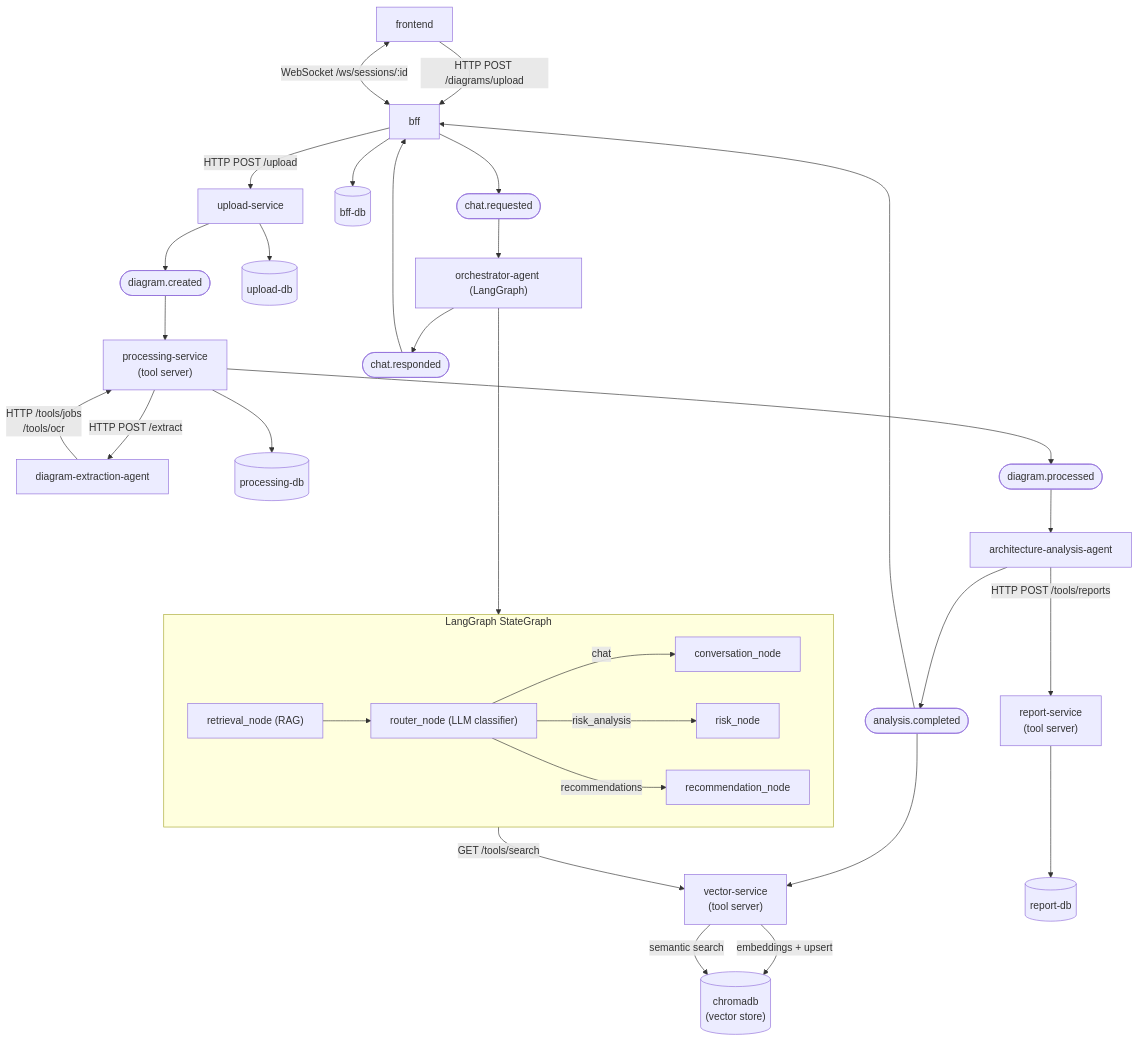
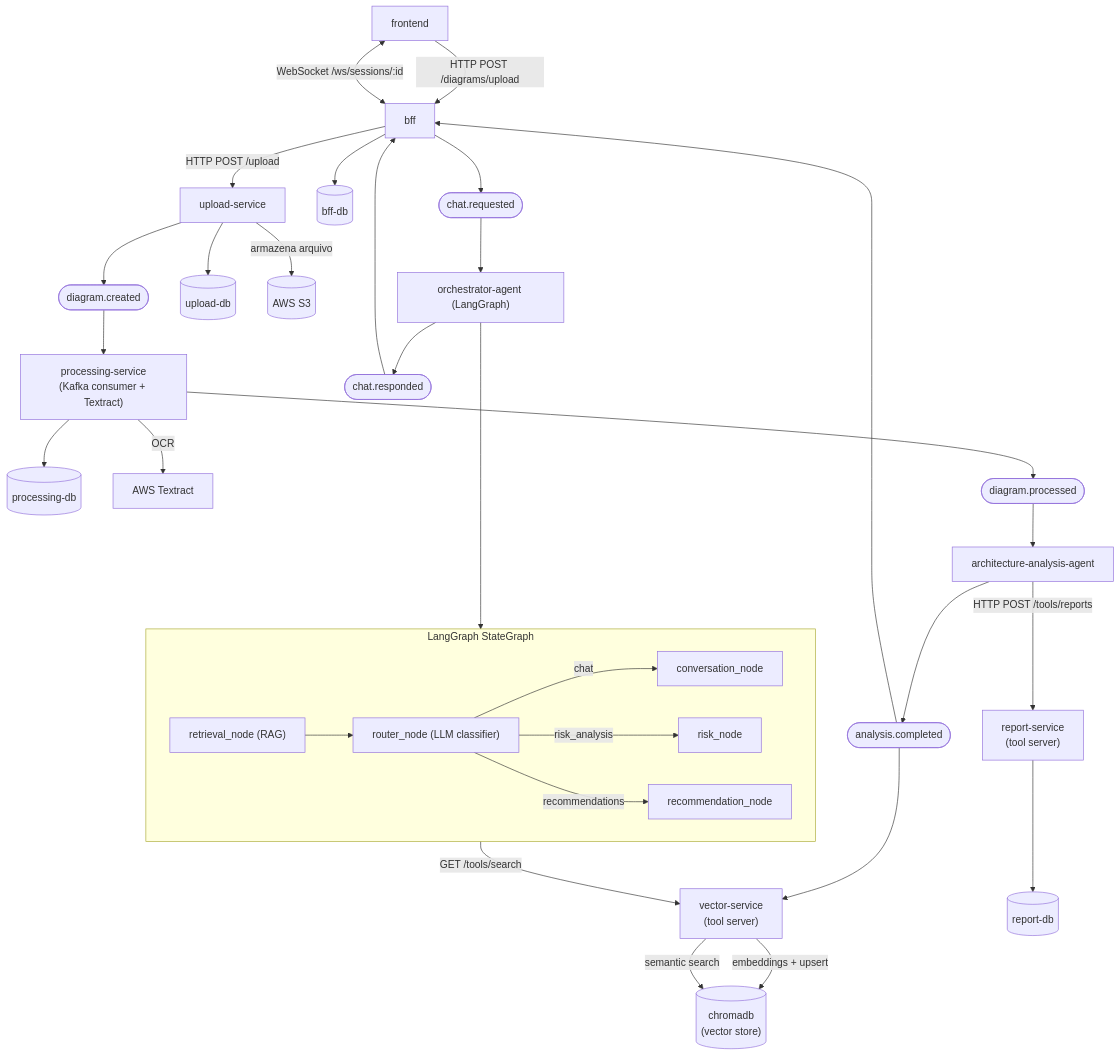
One commit to bodjay/ia-para-devs changed the diagram in fase-5/tech-challenge/doc/ARCHITECTURE.md. Above: the diagram before and after it, drawn with Mermaid. The commit also changed other lines of this file and 82 other files, not shown here.

`````diff
--- a/fase-5/tech-challenge/doc/ARCHITECTURE.md
+++ b/fase-5/tech-challenge/doc/ARCHITECTURE.md
@@ -12,17 +12,16 @@
     %% BFF
     BFF["bff"]
 
-    %% Upload
+    %% Upload e Processing
     US["upload-service"]
+    PS["processing-service\n(Kafka consumer + Textract)"]
 
-    %% Tool Servers (HTTP)
-    PS["processing-service\n(tool server)"]
+    %% Tool Server HTTP
     RS["report-service\n(tool server)"]
     VS["vector-service\n(tool server)"]
 
     %% AI Agents — Kafka-native workers
     OA["orchestrator-agent (LangGraph)"]
-    DEA["diagram-extraction-agent"]
     AAA["architecture-analysis-agent"]
 
     %% Databases
@@ -31,6 +30,10 @@
     DBP[("processing-db")]
     DBR[("report-db")]
     CHROMA[("chromadb\n(vector store)")]
+
+    %% AWS
+    S3[("AWS S3")]
+    TX["AWS Textract"]
 
     %% Tópicos Kafka
     T1(["diagram.created"])
@@ -42,10 +45,11 @@
     %% Fluxo de upload e análise
     FE -->|HTTP POST /diagrams/upload| BFF
     BFF -->|HTTP POST /upload| US
+    US -->|armazena arquivo| S3
     US --> T1
     T1 --> PS
-    PS -->|HTTP POST /extract| DEA
-    DEA -->|HTTP /tools/jobs\n/tools/ocr| PS
+    PS -->|OCR| TX
+    PS --> DBP
     PS --> T2
     T2 --> AAA
     AAA -->|HTTP POST /tools/reports| RS
@@ -80,6 +84,5 @@
 
     BFF --> DBB
     US --> DBU
-    PS --> DBP
     RS --> DBR
 ````
`````
